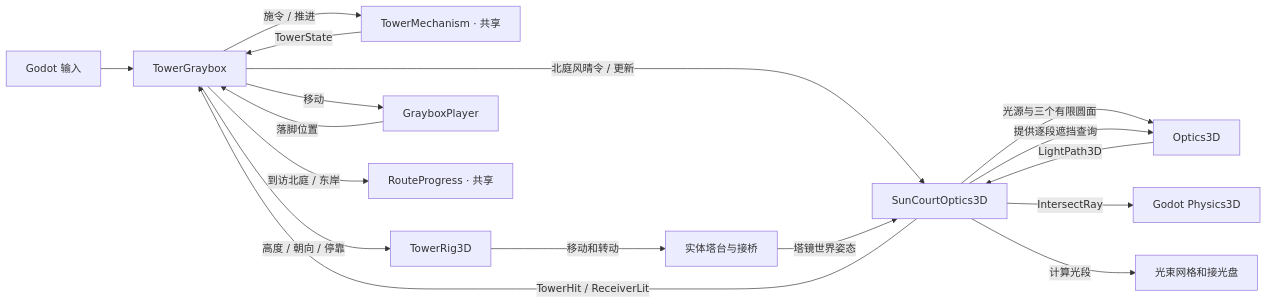
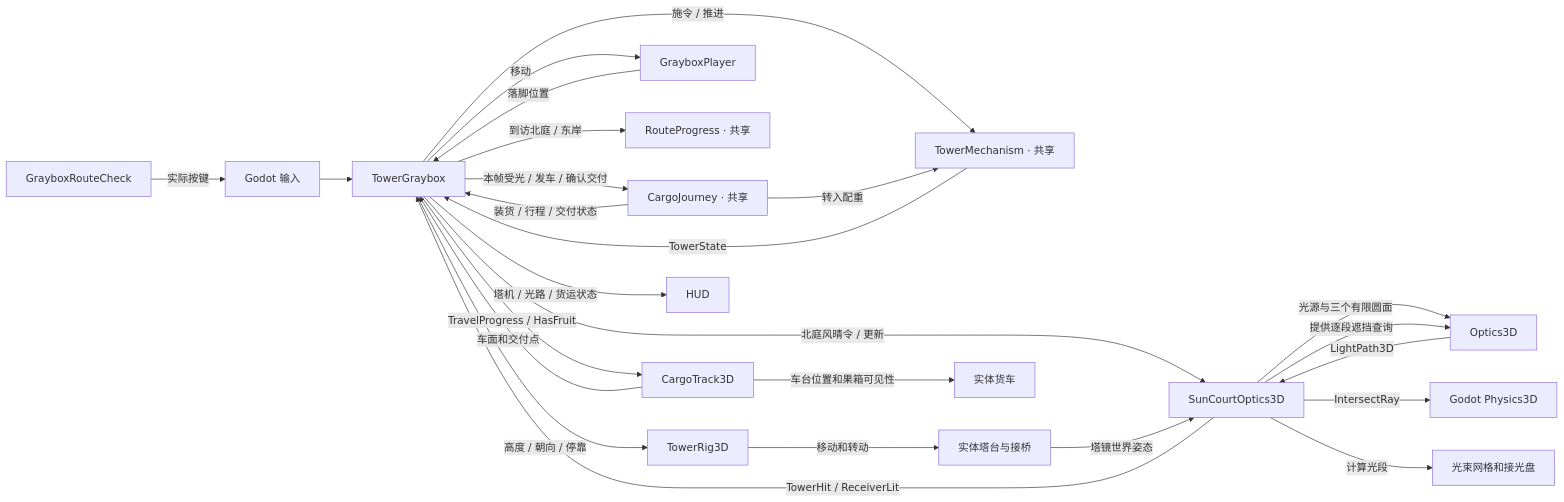
The diagram in BorrowingSun3D/Docs/RELATIONSHIP_MAP.md (buriallsy/coding_team), drawn with Mermaid before and after one commit. The commit also changed other lines of this file and 19 other files, not shown here.

````diff
--- a/BorrowingSun3D/Docs/RELATIONSHIP_MAP.md
+++ b/BorrowingSun3D/Docs/RELATIONSHIP_MAP.md
@@ -5,19 +5,27 @@
 ```mermaid
 flowchart LR
     Input[Godot 输入] --> Scene[TowerGraybox]
     Scene -->|施令 / 推进| Mechanism[TowerMechanism · 共享]
     Mechanism -->|TowerState| Scene
     Scene -->|高度 / 朝向 / 停靠| Rig[TowerRig3D]
     Rig -->|移动和转动| Lift[实体塔台与接桥]
     Scene -->|移动| Player[GrayboxPlayer]
     Player -->|落脚位置| Scene
     Scene -->|到访北庭 / 东岸| Route[RouteProgress · 共享]
     Scene -->|北庭风晴令 / 更新| Optics[SunCourtOptics3D]
     Lift -->|塔镜世界姿态| Optics
     Optics -->|光源与三个有限圆面| Trace[Optics3D]
     Optics -->|提供逐段遮挡查询| Trace
     Optics -->|IntersectRay| Physics[Godot Physics3D]
     Trace -->|LightPath3D| Optics
     Optics -->|计算光段| Beam[光束网格和接光盘]
     Optics -->|TowerHit / ReceiverLit| Scene
+    Scene -->|本帧受光 / 发车 / 确认交付| Cargo[CargoJourney · 共享]
+    Cargo -->|转入配重| Mechanism
+    Cargo -->|装货 / 行程 / 交付状态| Scene
+    Scene -->|TravelProgress / HasFruit| Track[CargoTrack3D]
+    Track -->|车台位置和果箱可见性| Car[实体货车]
+    Track -->|车面和交付点| Scene
+    Scene -->|塔机 / 光路 / 货运状态| Hud[HUD]
+    Verify[GrayboxRouteCheck] -->|实际按键| Input
 ```
````
